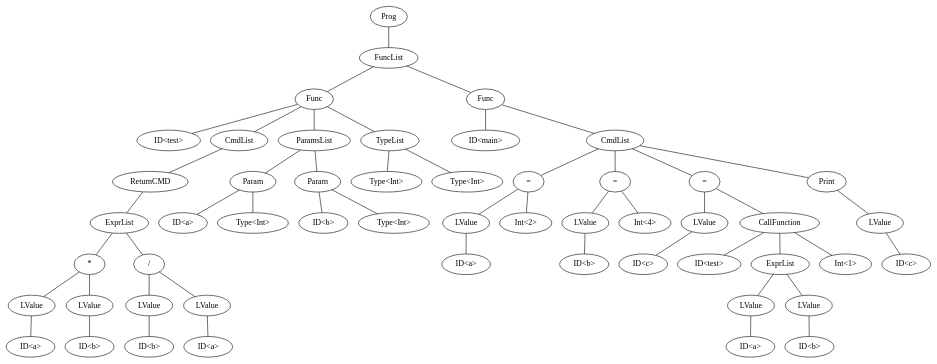
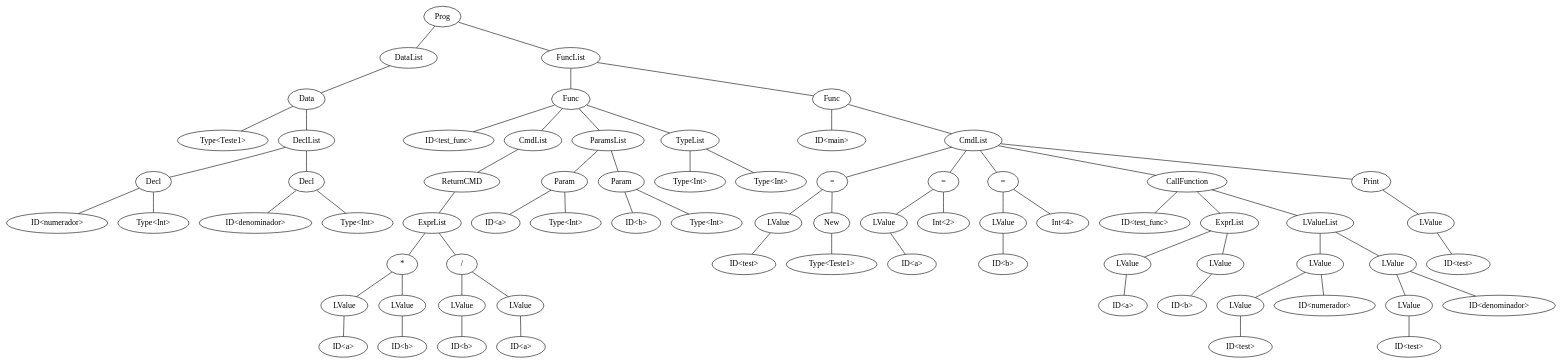
The diagram in ast.dot (Patrick448/Trabalho-Compiladores), drawn with Graphviz before and after one commit. The commit also changed 2 other files, not shown here.

```diff
--- a/ast.dot
+++ b/ast.dot
@@ -1,105 +1,145 @@
 graph program {
-51 [label=Prog]
-51--25
-25 [label=FuncList]
-25--24
-24 [label="Func"]
-24--23
-23 [label="ID<test>"]
-24--22
-22 [label=CmdList]
-22--21
-21 [label="ReturnCMD"]
-21--15
-15 [label=ExprList]
-15--14
-14 [label= "*"]
-14--11
-11 [label="LValue"]
-11--10
-10 [label="ID<a>"]
-14--13
-13 [label="LValue"]
-13--12
-12 [label="ID<b>"]
-15--20
-20 [label= "/"]
-20--17
-17 [label="LValue"]
-17--16
-16 [label="ID<b>"]
-20--19
-19 [label="LValue"]
-19--18
-18 [label="ID<a>"]
-24--3
-3 [label="ParamsList"]
+72 [label=Prog]
+72--9
+9 [label=DataList]
+9--8
+8 [label= "Data"]
+8--7
+7 [label="Type<Teste1>"]
+8--3
+3 [label=DeclList]
 3--2
-2 [label="Param"]
+2 [label="Decl"]
 2--1
-1 [label="ID<a>"]
+1 [label="ID<numerador>"]
 2--0
 0 [label="Type<Int>"]
 3--6
-6 [label="Param"]
+6 [label="Decl"]
 6--5
-5 [label="ID<b>"]
+5 [label="ID<denominador>"]
 6--4
 4 [label="Type<Int>"]
-24--8
-8 [label="TypeList"]
-8--7
-7 [label="Type<Int>"]
-8--9
-9 [label="Type<Int>"]
-25--50
-50 [label="Func"]
-50--49
-49 [label="ID<main>"]
-50--30
-30 [label=CmdList]
+72--36
+36 [label=FuncList]
+36--35
+35 [label="Func"]
+35--34
+34 [label="ID<test_func>"]
+35--33
+33 [label=CmdList]
+33--32
+32 [label="ReturnCMD"]
+32--26
+26 [label=ExprList]
+26--25
+25 [label= "*"]
+25--22
+22 [label="LValue"]
+22--21
+21 [label="ID<a>"]
+25--24
+24 [label="LValue"]
+24--23
+23 [label="ID<b>"]
+26--31
+31 [label= "/"]
+31--28
+28 [label="LValue"]
+28--27
+27 [label="ID<b>"]
+31--30
+30 [label="LValue"]
 30--29
-29 [label= "="]
-29--27
-27 [label="LValue"]
-27--26
-26 [label="ID<a>"]
-29--28
-28 [label="Int<2>"]
-30--34
-34 [label= "="]
-34--32
-32 [label="LValue"]
-32--31
-31 [label="ID<b>"]
-34--33
-33 [label="Int<4>"]
-30--45
-45 [label= "="]
-45--36
-36 [label="LValue"]
-36--35
-35 [label="ID<c>"]
-45--44
-44 [label= "CallFunction"]
-44--43
-43 [label="ID<test>"]
-44--39
-39 [label=ExprList]
-39--38
+29 [label="ID<a>"]
+35--14
+14 [label="ParamsList"]
+14--13
+13 [label="Param"]
+13--12
+12 [label="ID<a>"]
+13--11
+11 [label="Type<Int>"]
+14--17
+17 [label="Param"]
+17--16
+16 [label="ID<b>"]
+17--15
+15 [label="Type<Int>"]
+35--19
+19 [label="TypeList"]
+19--18
+18 [label="Type<Int>"]
+19--20
+20 [label="Type<Int>"]
+36--71
+71 [label="Func"]
+71--70
+70 [label="ID<main>"]
+71--42
+42 [label=CmdList]
+42--41
+41 [label= "="]
+41--38
 38 [label="LValue"]
 38--37
-37 [label="ID<a>"]
-39--41
-41 [label="LValue"]
+37 [label="ID<test>"]
 41--40
-40 [label="ID<b>"]
-44--42
-42 [label="Int<1>"]
-30--48
-48 [label="Print"]
+40 [label= "New"]
+40--39
+39 [label="Type<Teste1>"]
+42--46
+46 [label= "="]
+46--44
+44 [label="LValue"]
+44--43
+43 [label="ID<a>"]
+46--45
+45 [label="Int<2>"]
+42--50
+50 [label= "="]
+50--48
+48 [label="LValue"]
 48--47
-47 [label="LValue"]
-47--46
-46 [label="ID<c>"]
+47 [label="ID<b>"]
+50--49
+49 [label="Int<4>"]
+42--66
+66 [label= "CallFunction"]
+66--65
+65 [label="ID<test_func>"]
+66--53
+53 [label=ExprList]
+53--52
+52 [label="LValue"]
+52--51
+51 [label="ID<a>"]
+53--55
+55 [label="LValue"]
+55--54
+54 [label="ID<b>"]
+66--60
+60 [label=LValueList]
+60--59
+59 [label="LValue"]
+59--57
+57 [label="LValue"]
+57--56
+56 [label="ID<test>"]
+59--58
+58 [label="ID<numerador>"]
+60--64
+64 [label="LValue"]
+64--62
+62 [label="LValue"]
+62--61
+61 [label="ID<test>"]
+64--63
+63 [label="ID<denominador>"]
+42--69
+69 [label="Print"]
+69--68
+68 [label="LValue"]
+68--67
+67 [label="ID<test>"]
 }
```
